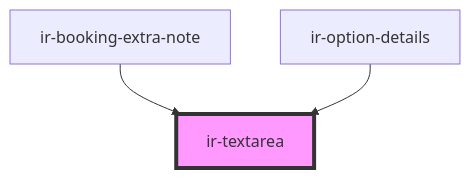
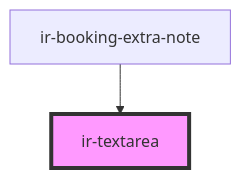
One commit to David1Chowaifaty/modified-ir-webcmp changed the diagram in src/components/ir-textarea/readme.md. Above: the diagram before and after it, drawn with Mermaid. The commit also changed other lines of this file and 45 other files, not shown here.

````diff
--- a/src/components/ir-textarea/readme.md
+++ b/src/components/ir-textarea/readme.md
@@ -37,6 +36,5 @@
 ```mermaid
 graph TD;
   ir-booking-extra-note --> ir-textarea
-  ir-option-details --> ir-textarea
   style ir-textarea fill:#f9f,stroke:#333,stroke-width:4px
 ```
````
